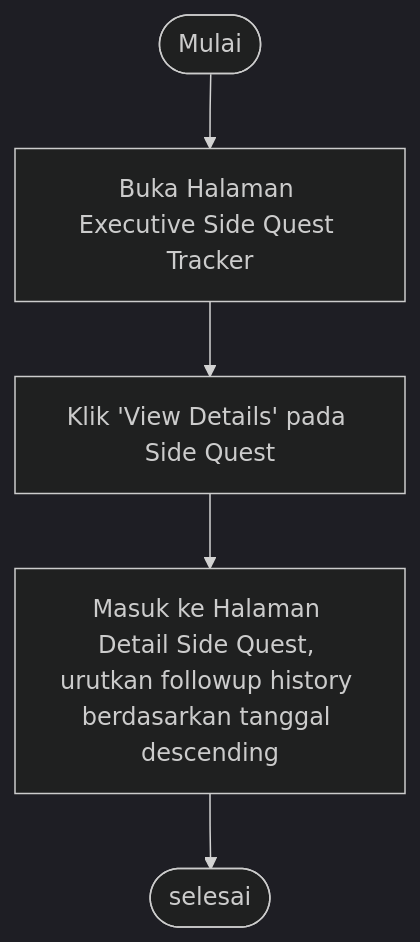
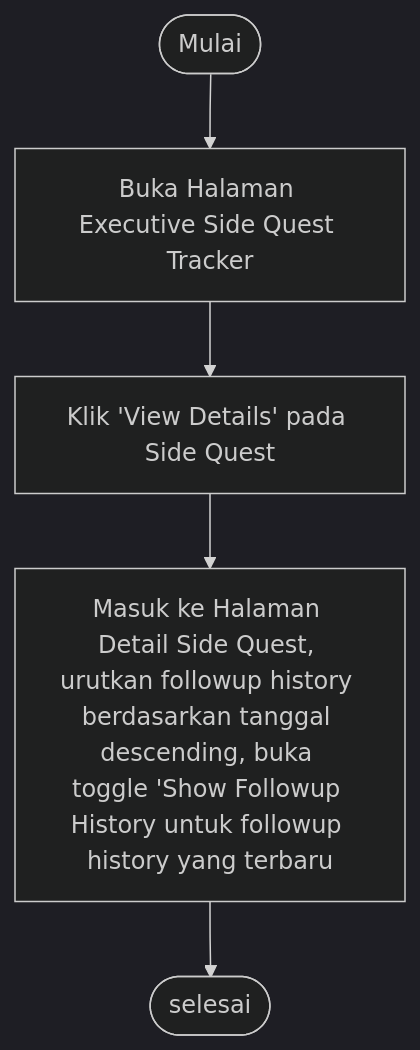
Before and after one commit to glasnost-inter/arb-tracker: the diagram in design_system/view_followup_process_side_quest.mermaid, drawn with Mermaid (dark theme).

Commit message:
Update design documentation: auto-expand latest followup history

```diff
--- a/design_system/view_followup_process_side_quest.mermaid
+++ b/design_system/view_followup_process_side_quest.mermaid
@@ -1,5 +1,5 @@
 graph TD
     A([Mulai]) --> B[Buka Halaman Executive Side Quest Tracker]
     B --> C[Klik 'View Details' pada Side Quest]
-    C --> D[Masuk ke Halaman Detail Side Quest, urutkan followup history berdasarkan tanggal descending]
+    C --> D[Masuk ke Halaman Detail Side Quest, urutkan followup history berdasarkan tanggal descending, buka toggle 'Show Followup History untuk followup history yang terbaru]
     D --> E([selesai])
```
